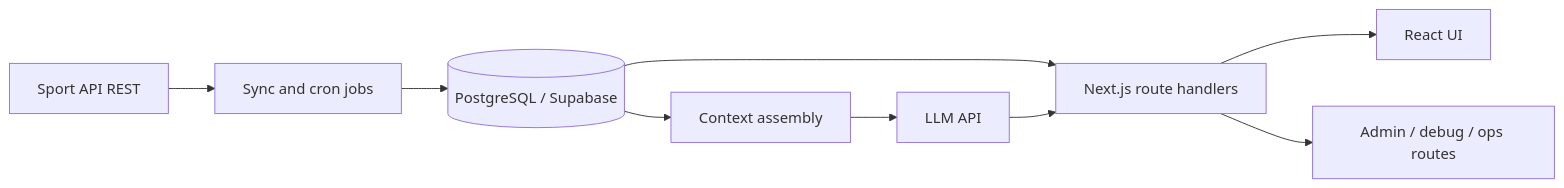
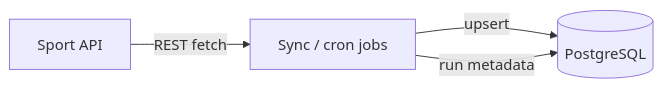
Before and after one commit to LorenzoInc99/x2odds2026-engineering-showcase: the first of 2 diagrams in docs/00-overview.md, drawn with Mermaid. The commit also changed other lines of this file and 2 other files, not shown here.

Commit message:
Document full process: API, DB, AI, UI, User

````diff
--- a/docs/00-overview.md
+++ b/docs/00-overview.md
@@ -5,11 +30,6 @@
 ```mermaid
 flowchart LR
-  A[Sport API REST] --> B[Sync and cron jobs]
-  B --> C[(PostgreSQL / Supabase)]
-  C --> D[Next.js route handlers]
-  D --> E[React UI]
-  C --> F[Context assembly]
-  F --> G[LLM API]
-  G --> D
-  D --> H[Admin / debug / ops routes]
+  S[Sport API] -->|REST fetch| J[Sync / cron jobs]
+  J -->|upsert| DB[(PostgreSQL)]
+  J -->|run metadata| DB
 ```
````
